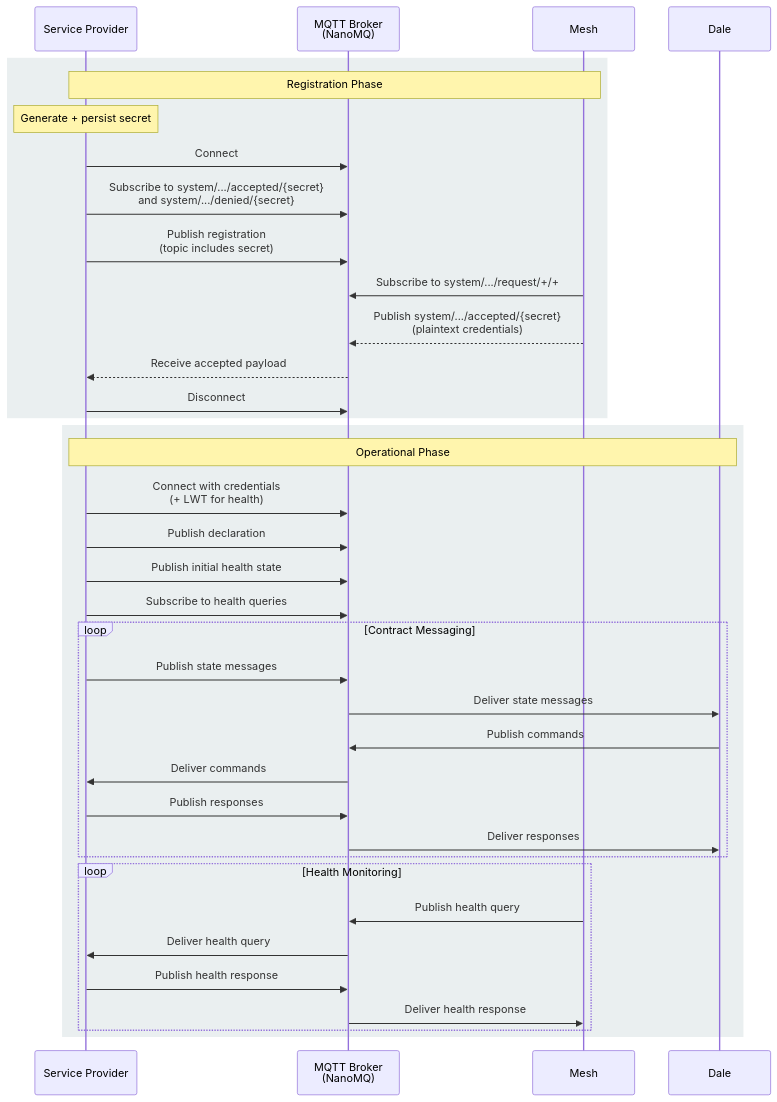
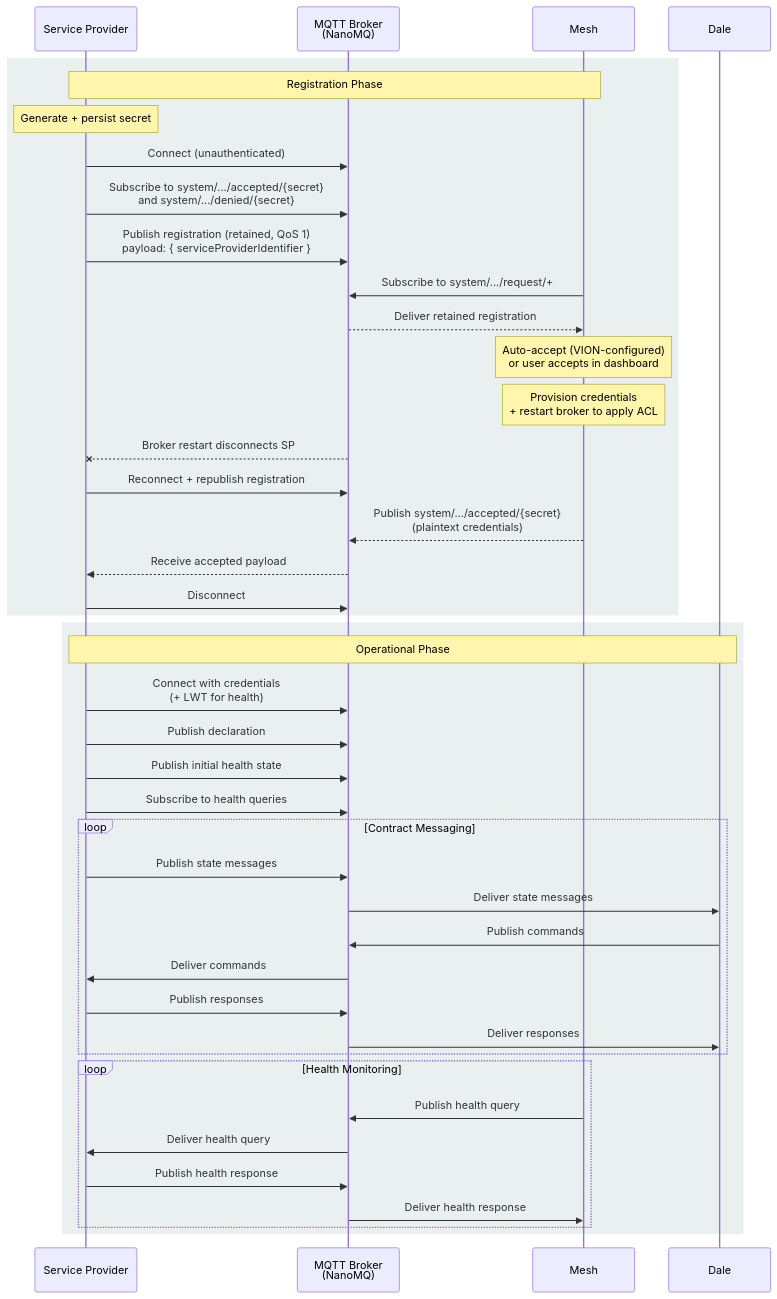
The second of 2 diagrams in docs/sdk/service-provider-protocol.md (VION-IoT/documentation), drawn with Mermaid before and after one commit. The commit also changed other lines of this file, not shown here.

Commit message:
Correct service provider protocol

````diff
--- a/docs/sdk/service-provider-protocol.md
+++ b/docs/sdk/service-provider-protocol.md
@@ -310,43 +319,48 @@
 ```mermaid
 sequenceDiagram
     participant SP as Service Provider
     participant B as MQTT Broker<br/>(NanoMQ)
     participant M as Mesh
     participant D as Dale
 
     rect rgb(50, 101, 108, 0.1)
     Note over SP,M: Registration Phase
     Note over SP: Generate + persist secret
-    SP->>B: Connect
+    SP->>B: Connect (unauthenticated)
     SP->>B: Subscribe to system/.../accepted/{secret}<br/>and system/.../denied/{secret}
-    SP->>B: Publish registration<br/>(topic includes secret)
-    M->>B: Subscribe to system/.../request/+/+
+    SP->>B: Publish registration (retained, QoS 1)<br/>payload: { serviceProviderIdentifier }
+    M->>B: Subscribe to system/.../request/+
+    B-->>M: Deliver retained registration
+    Note over M: Auto-accept (VION-configured)<br/>or user accepts in dashboard
+    Note over M: Provision credentials<br/>+ restart broker to apply ACL
+    B--xSP: Broker restart disconnects SP
+    SP->>B: Reconnect + republish registration
     M-->>B: Publish system/.../accepted/{secret}<br/>(plaintext credentials)
     B-->>SP: Receive accepted payload
     SP->>B: Disconnect
     end
 
     rect rgb(50, 101, 108, 0.1)
     Note over SP,D: Operational Phase
     SP->>B: Connect with credentials<br/>(+ LWT for health)
     SP->>B: Publish declaration
     SP->>B: Publish initial health state
     SP->>B: Subscribe to health queries
 
     loop Contract Messaging
         SP->>B: Publish state messages
         B->>D: Deliver state messages
         D->>B: Publish commands
         B->>SP: Deliver commands
         SP->>B: Publish responses
         B->>D: Deliver responses
     end
 
     loop Health Monitoring
         M->>B: Publish health query
         B->>SP: Deliver health query
         SP->>B: Publish health response
         B->>M: Deliver health response
     end
     end
 ```
````
